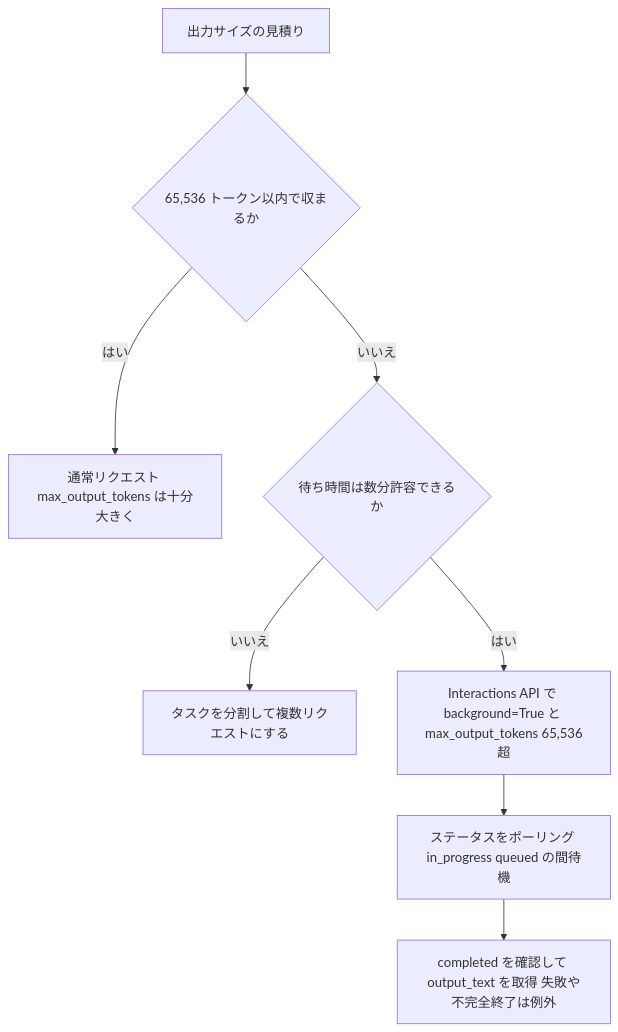
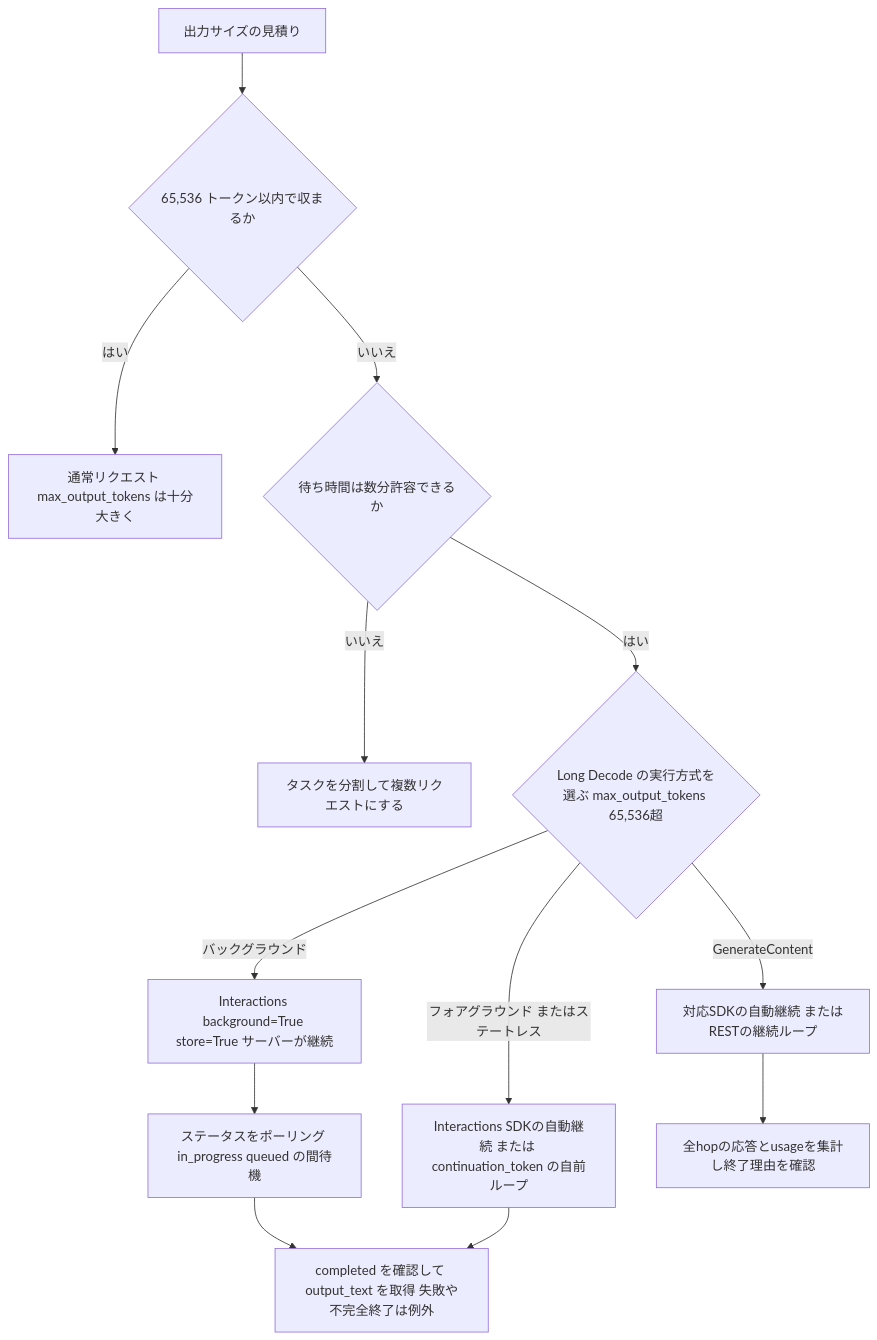
One commit to myoshi2891/Comparison-of-LLMs changed the fifth of 10 diagrams in Gemini-4-hydrogen-guide.md. Above: the diagram before and after it, drawn with Mermaid. The commit also changed other lines of this file, not shown here.

Commit message:
docs(google): prioritize required feature check and clarify Long Decode continuation modes in Hydrogen guide

````diff
--- a/Gemini-4-hydrogen-guide.md
+++ b/Gemini-4-hydrogen-guide.md
@@ -274,10 +275,15 @@
 ```mermaid
 flowchart TD
     A["出力サイズの見積り"] --> B{"65,536 トークン以内で収まるか"}
     B -- "はい" --> C["通常リクエスト max_output_tokens は十分大きく"]
     B -- "いいえ" --> D{"待ち時間は数分許容できるか"}
     D -- "いいえ" --> E["タスクを分割して複数リクエストにする"]
-    D -- "はい" --> F["Interactions API で background=True と max_output_tokens 65,536超"]
+    D -- "はい" --> MODE{"Long Decode の実行方式を選ぶ max_output_tokens 65,536超"}
+    MODE -- "バックグラウンド" --> F["Interactions background=True store=True サーバーが継続"]
+    MODE -- "フォアグラウンド またはステートレス" --> FG["Interactions SDKの自動継続 または continuation_token の自前ループ"]
+    MODE -- "GenerateContent" --> GC["対応SDKの自動継続 またはRESTの継続ループ"]
     F --> G["ステータスをポーリング in_progress queued の間待機"]
     G --> H["completed を確認して output_text を取得 失敗や不完全終了は例外"]
+    FG --> H
+    GC --> RESULT["全hopの応答とusageを集計し終了理由を確認"]
 ```
````
